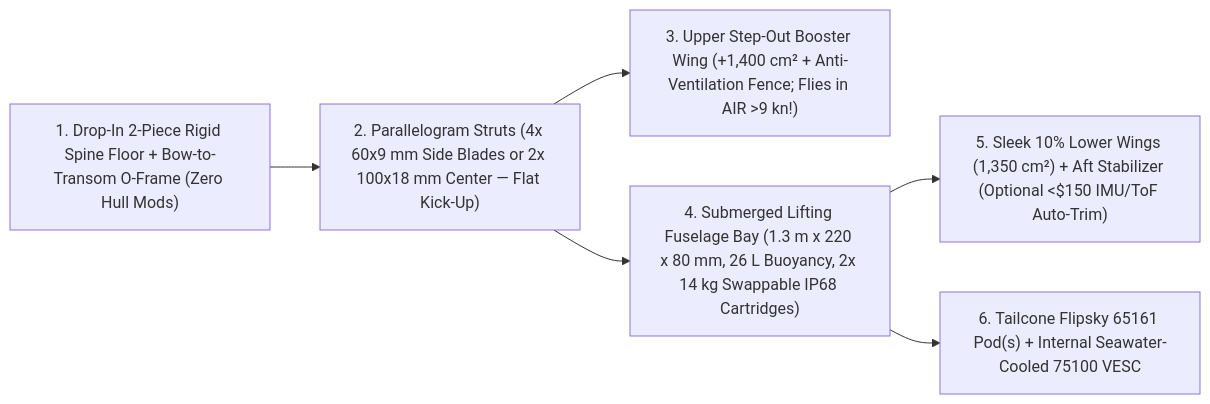
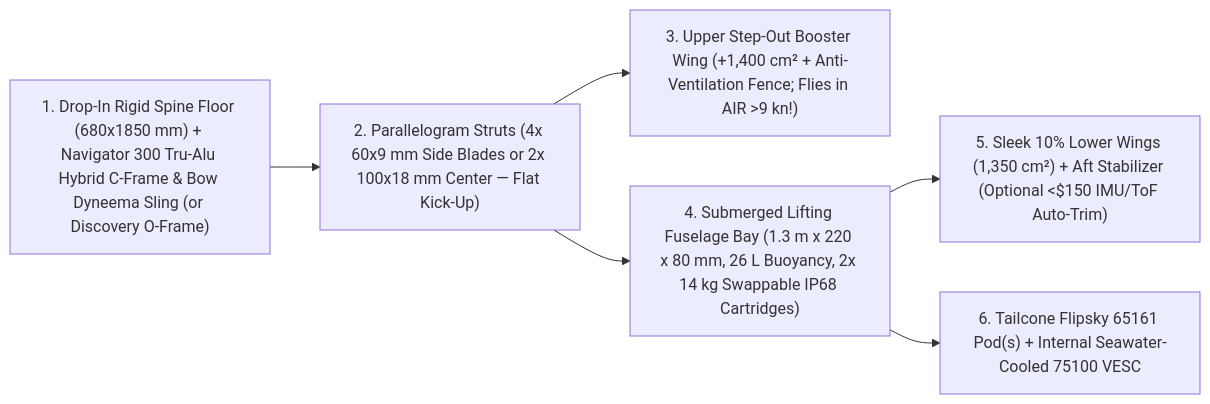
One commit to boats-boats-boats/foil-skiff changed the first of 2 diagrams in README.md. Above: the diagram before and after it, drawn with Mermaid. The commit also changed other lines of this file and 28 other files, not shown here.

Commit message:
Make True Kit Navigator 300 primary focus with dedicated 3D CAD models, renders, and Hybrid C-Frame coupling (retaining Discovery 330)

````diff
--- a/README.md
+++ b/README.md
@@ -17,8 +17,8 @@
 ```mermaid
 flowchart LR
-    Floor["1. Drop-In 2-Piece Rigid Spine Floor + Bow-to-Transom O-Frame (Zero Hull Mods)"] --> Strut["2. Parallelogram Struts (4x 60x9 mm Side Blades or 2x 100x18 mm Center — Flat Kick-Up)"]
+    Floor["1. Drop-In Rigid Spine Floor (680x1850 mm) + Navigator 300 Tru-Alu Hybrid C-Frame & Bow Dyneema Sling (or Discovery O-Frame)"] --> Strut["2. Parallelogram Struts (4x 60x9 mm Side Blades or 2x 100x18 mm Center — Flat Kick-Up)"]
     Strut --> Upper["3. Upper Step-Out Booster Wing (+1,400 cm² + Anti-Ventilation Fence; Flies in AIR >9 kn!)"]
     Strut --> Fuse["4. Submerged Lifting Fuselage Bay (1.3 m x 220 x 80 mm, 26 L Buoyancy, 2x 14 kg Swappable IP68 Cartridges)"]
     Fuse --> Wings["5. Sleek 10% Lower Wings (1,350 cm²) + Aft Stabilizer (Optional <$150 IMU/ToF Auto-Trim)"]
     Fuse --> Motor["6. Tailcone Flipsky 65161 Pod(s) + Internal Seawater-Cooled 75100 VESC"]
 ```
````
